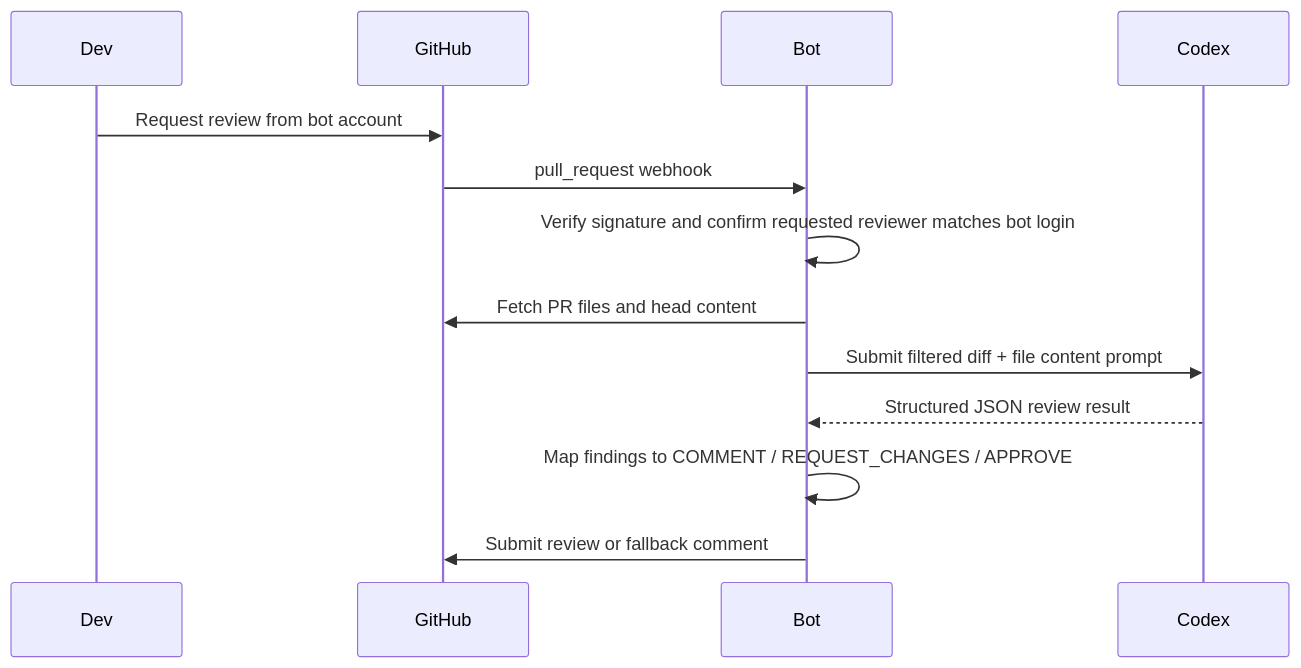
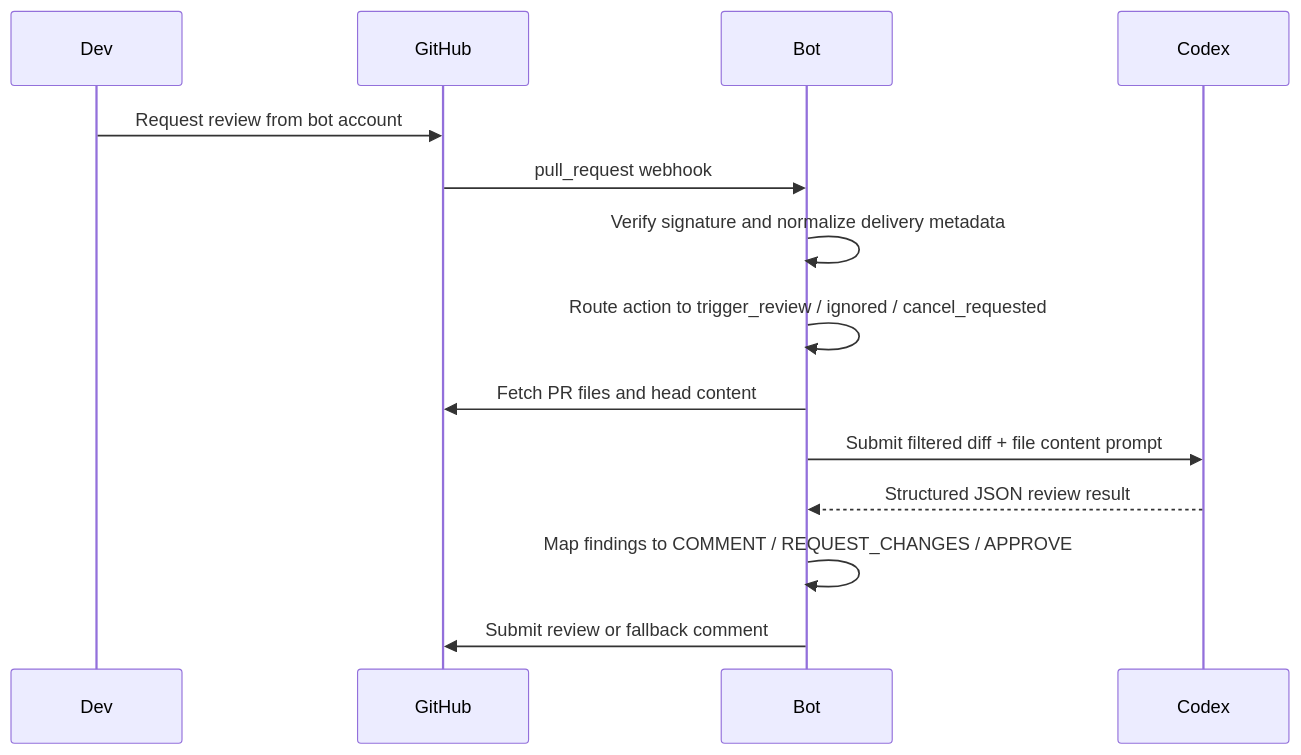
The second of 2 diagrams in docs/architecture.md (tungxuan1656/tx10-bot-gh-review), drawn with Mermaid before and after one commit. The commit also changed other lines of this file and 11 other files, not shown here.

First line of the commit message:
refactor(review): normalize pull request events and simplify action handling

````diff
--- a/docs/architecture.md
+++ b/docs/architecture.md
@@ -23,16 +23,17 @@
 ```mermaid
 sequenceDiagram
   participant Dev
   participant GitHub
   participant Bot
   participant Codex
 
   Dev->>GitHub: Request review from bot account
   GitHub->>Bot: pull_request webhook
-  Bot->>Bot: Verify signature and confirm requested reviewer matches bot login
+  Bot->>Bot: Verify signature and normalize delivery metadata
+  Bot->>Bot: Route action to trigger_review / ignored / cancel_requested
   Bot->>GitHub: Fetch PR files and head content
   Bot->>Codex: Submit filtered diff + file content prompt
   Codex-->>Bot: Structured JSON review result
   Bot->>Bot: Map findings to COMMENT / REQUEST_CHANGES / APPROVE
   Bot->>GitHub: Submit review or fallback comment
 ```
````
